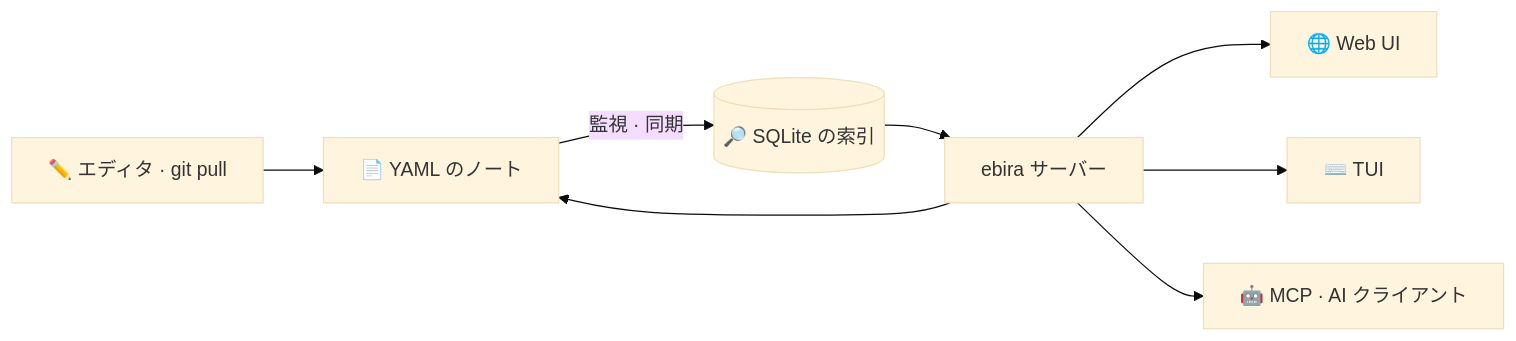
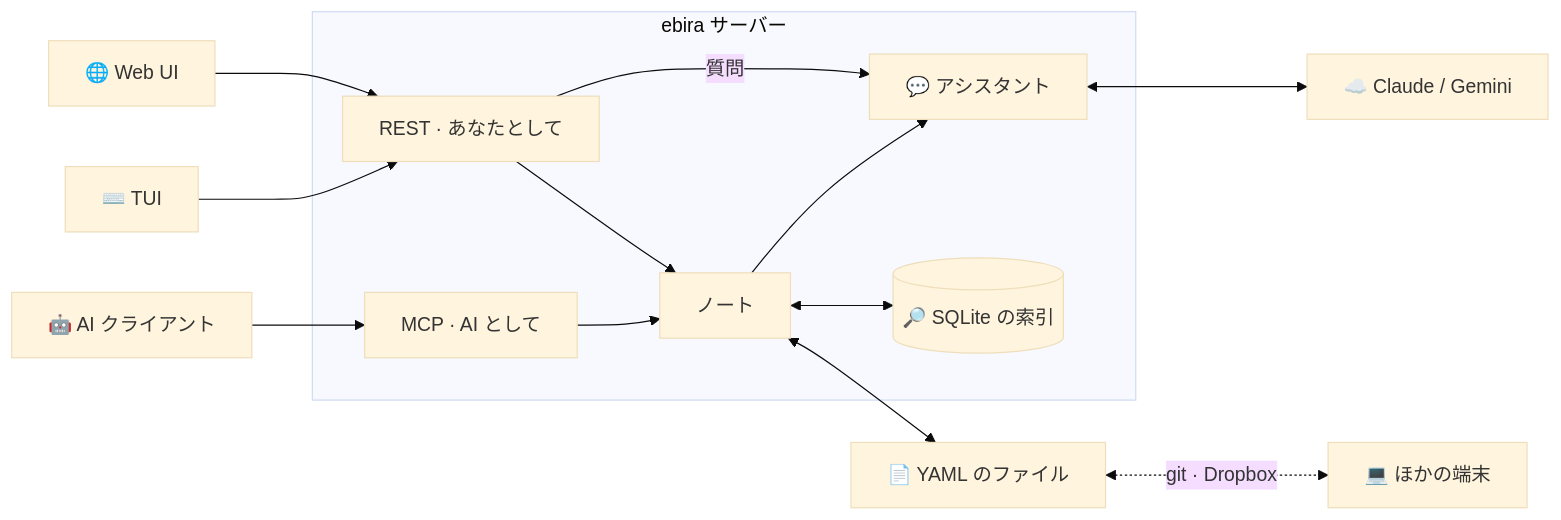
The diagram in README.ja.md (ikawaha/ebira), drawn with Mermaid (base theme) before and after one commit. The commit also changed 1 other file, not shown here.

Commit message:
docs: redraw the README diagram after the current architecture

````diff
--- a/README.ja.md
+++ b/README.ja.md
@@ -43,10 +43,20 @@
 ```mermaid
 flowchart LR
-  ED["✏️ エディタ · git pull"] --> Y["📄 YAML のノート"]
-  Y -->|"監視 · 同期"| I[("🔎 SQLite の索引")]
-  S["ebira サーバー"] --> Y
-  I --> S
-  S --> W["🌐 Web UI"]
-  S --> T["⌨️ TUI"]
-  S --> M["🤖 MCP · AI クライアント"]
+  W["🌐 Web UI"] --> R
+  T["⌨️ TUI"] --> R
+  C["🤖 AI クライアント"] --> M
+  subgraph S["ebira サーバー"]
+    R["REST · あなたとして"]
+    M["MCP · AI として"]
+    N["ノート"]
+    A["💬 アシスタント"]
+    I[("🔎 SQLite の索引")]
+    R & M --> N
+    R -->|"質問"| A
+    N --> A
+    N <--> I
+  end
+  A <--> L["☁️ Claude / Gemini"]
+  N <--> F["📄 YAML のファイル"]
+  F <-.->|"git · Dropbox"| O["💻 ほかの端末"]
 ```
````
